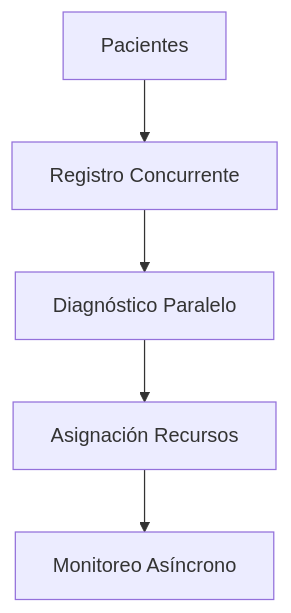
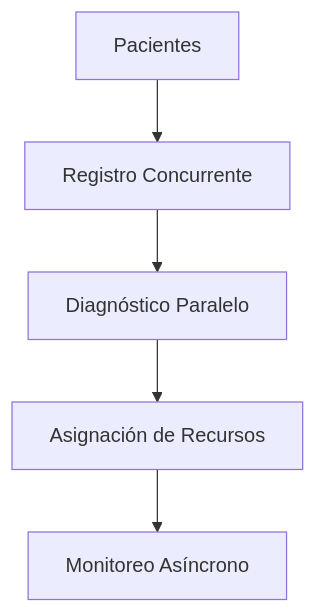
Before and after one commit to Abraham-Buenrostro-Cruces/Sistema_Hospitalario: the diagram in README.md, drawn with Mermaid. The commit also changed other lines of this file and 3 other files, not shown here.

`````diff
--- a/README.md
+++ b/README.md
@@ -16,7 +21,7 @@
 ```mermaid
 graph TD
     A[Pacientes] --> B[Registro Concurrente]
     B --> C[Diagnóstico Paralelo]
-    C --> D[Asignación Recursos]
+    C --> D[Asignación de Recursos]
     D --> E[Monitoreo Asíncrono]
-````
+```
`````
